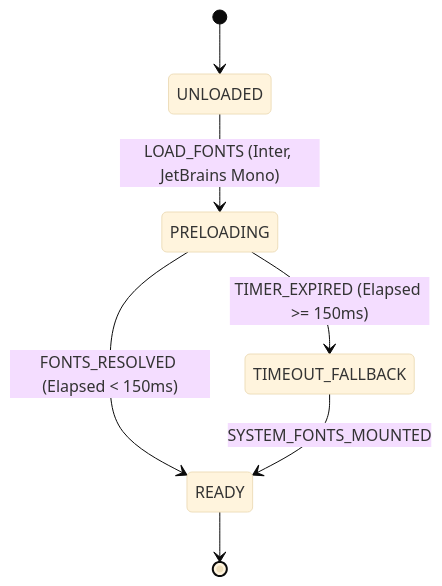
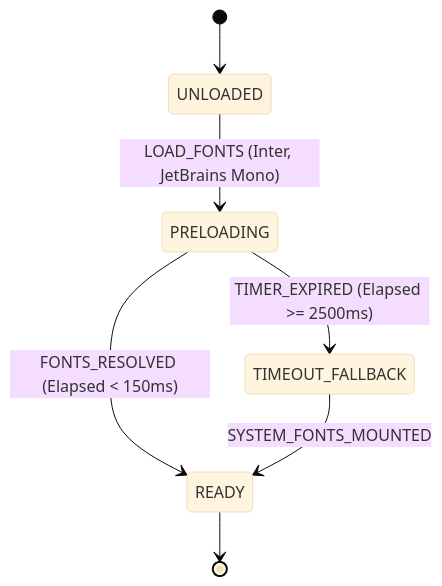
Before and after one commit to piyushmakhija28/countdown-lockscreen-challenge: the sixth of 8 diagrams in docs/lld/03-state-machine-lifecycle.md, drawn with Mermaid (base theme). The commit also changed other lines of this file and 69 other files, not shown here.

Commit message:
chore(architecture): deep mathematical blueprint, lld sequence/class & cross-doc gap hardening (v2.3.2) (#8)

````diff
--- a/docs/lld/03-state-machine-lifecycle.md
+++ b/docs/lld/03-state-machine-lifecycle.md
@@ -213,9 +213,9 @@
 ```mermaid
 stateDiagram-v2
     [*] --> UNLOADED
     UNLOADED --> PRELOADING : LOAD_FONTS (Inter, JetBrains Mono)
     PRELOADING --> READY : FONTS_RESOLVED (Elapsed < 150ms)
-    PRELOADING --> TIMEOUT_FALLBACK : TIMER_EXPIRED (Elapsed >= 150ms)
+    PRELOADING --> TIMEOUT_FALLBACK : TIMER_EXPIRED (Elapsed >= 2500ms)
     TIMEOUT_FALLBACK --> READY : SYSTEM_FONTS_MOUNTED
     READY --> [*]
 ```
````
